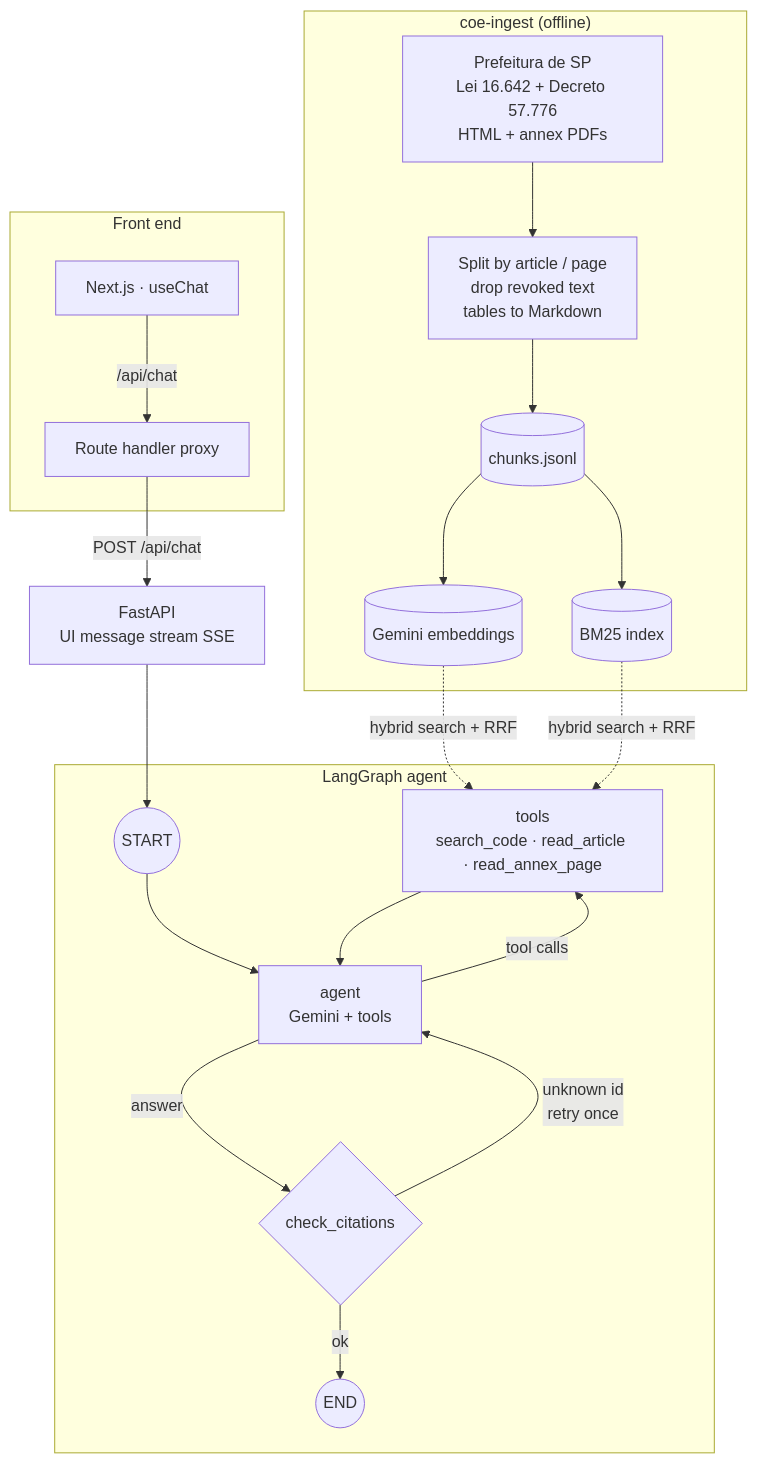
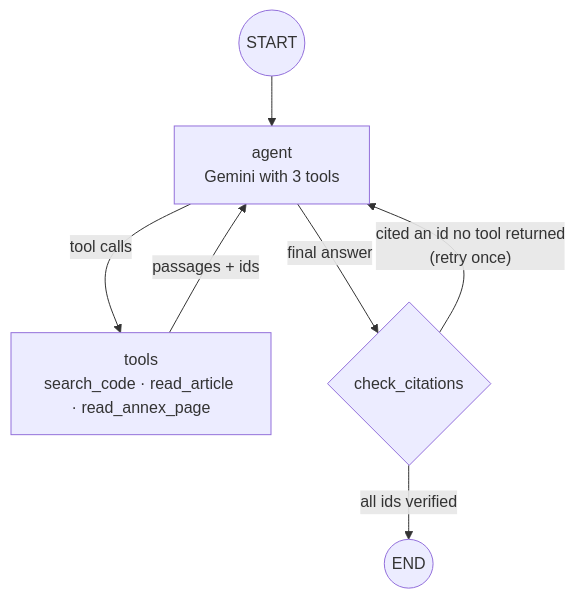
Before and after one commit to JuliaNazka/sp-building-code-agent: the first of 3 diagrams in README.md, drawn with Mermaid. The commit also changed other lines of this file, not shown here.

Commit message:
README: split architecture into three small diagrams

````diff
--- a/README.md
+++ b/README.md
@@ -26,25 +28,9 @@
 ```mermaid
-flowchart TB
-    subgraph Ingest["coe-ingest (offline)"]
-        A[Prefeitura de SP<br/>Lei 16.642 + Decreto 57.776<br/>HTML + annex PDFs] --> B[Split by article / page<br/>drop revoked text<br/>tables to Markdown]
-        B --> C[(chunks.jsonl)]
-        C --> D[(Gemini embeddings)]
-        C --> E[(BM25 index)]
-    end
-
-    subgraph Graph["LangGraph agent"]
-        S((START)) --> AG[agent<br/>Gemini + tools]
-        AG -- tool calls --> T[tools<br/>search_code · read_article · read_annex_page]
-        T --> AG
-        AG -- answer --> CC{check_citations}
-        CC -- unknown id<br/>retry once --> AG
-        CC -- ok --> END((END))
-    end
-
-    D & E -. hybrid search + RRF .-> T
-
-    subgraph Web["Front end"]
-        UI[Next.js · useChat] -- /api/chat --> P[Route handler proxy]
-    end
-    P -- POST /api/chat --> F[FastAPI<br/>UI message stream SSE] --> S
+flowchart TD
+    S((START)) --> AG[agent<br/>Gemini with 3 tools]
+    AG -- tool calls --> T[tools<br/>search_code · read_article · read_annex_page]
+    T -- passages + ids --> AG
+    AG -- final answer --> CC{check_citations}
+    CC -- "cited an id no tool returned<br/>(retry once)" --> AG
+    CC -- all ids verified --> E((END))
 ```
````
